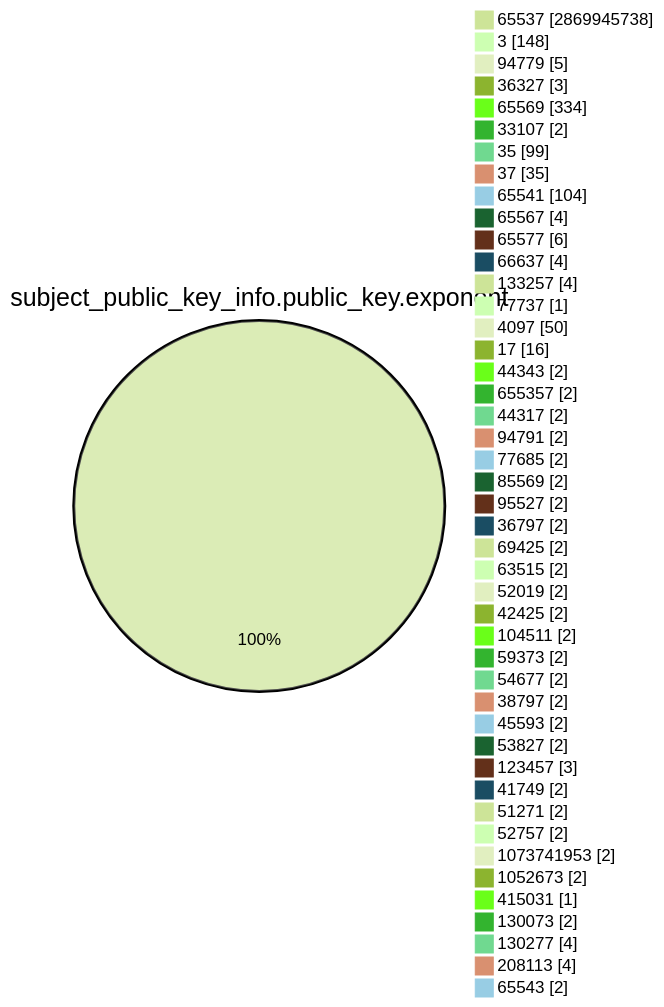
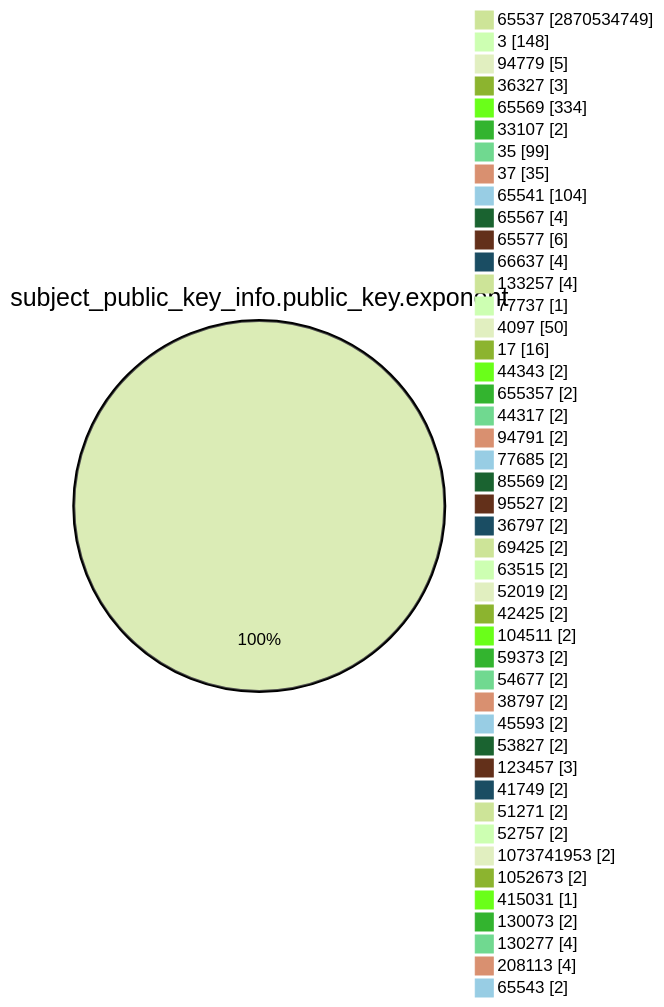
The fourth of 15 diagrams in TOTAL/README.md (christiankrug/ctmonitor_visualization), drawn with Mermaid (forest theme) before and after one commit. The commit also changed other lines of this file, not shown here.

````diff
--- a/TOTAL/README.md
+++ b/TOTAL/README.md
@@ -1468,49 +1468,49 @@
 ```mermaid
 pie showData
 title subject_public_key_info.public_key.exponent
-"65537" :2869945738
+"65537" :2870534749
 "3" :148
 "94779" :5
 "36327" :3
 "65569" :334
 "33107" :2
 "35" :99
 "37" :35
 "65541" :104
 "65567" :4
 "65577" :6
 "66637" :4
 "133257" :4
 "77737" :1
 "4097" :50
 "17" :16
 "44343" :2
 "655357" :2
 "44317" :2
 "94791" :2
 "77685" :2
 "85569" :2
 "95527" :2
 "36797" :2
 "69425" :2
 "63515" :2
 "52019" :2
 "42425" :2
 "104511" :2
 "59373" :2
 "54677" :2
 "38797" :2
 "45593" :2
 "53827" :2
 "123457" :3
 "41749" :2
 "51271" :2
 "52757" :2
 "1073741953" :2
 "1052673" :2
 "415031" :1
 "130073" :2
 "130277" :4
 "208113" :4
 "65543" :2
 ```
````
